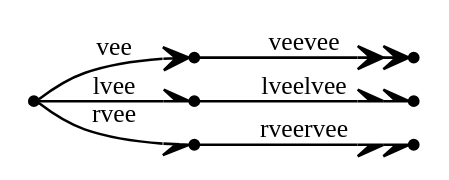
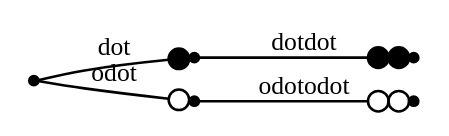
One commit to graphviz-perl/GraphViz2-Marpa-PathUtils changed the diagram in out/clusters.out.08.004.gv. Above: the diagram before and after it, drawn with Graphviz. The commit also changed 39 other files, not shown here.

```diff
--- a/out/clusters.out.08.004.gv
+++ b/out/clusters.out.08.004.gv
@@ -1,13 +1,11 @@
 digraph G
 {
 	graph[rankdir = "LR" nodesep = "0"]
 	node[shape = "point" label = ""]
 	edge[fontsize = "10"]
-	_vee -> vee[arrowhead = "vee" label = "vee"]
-	vee -> veevee[arrowhead = "veevee" label = "veevee"]
-	_vee -> lvee[arrowhead = "lvee" label = "lvee"]
-	lvee -> lveelvee[arrowhead = "lveelvee" label = "lveelvee"]
-	_vee -> rvee[arrowhead = "rvee" label = "rvee"]
-	rvee -> rveervee[arrowhead = "rveervee" label = "rveervee"]
+	_dot -> dot[arrowhead = "dot" label = "dot"]
+	dot -> dotdot[arrowhead = "dotdot" label = "dotdot"]
+	_dot -> odot[arrowhead = "odot" label = "odot"]
+	odot -> odotodot[arrowhead = "odotodot" label = "odotodot"]
 
 }
```
